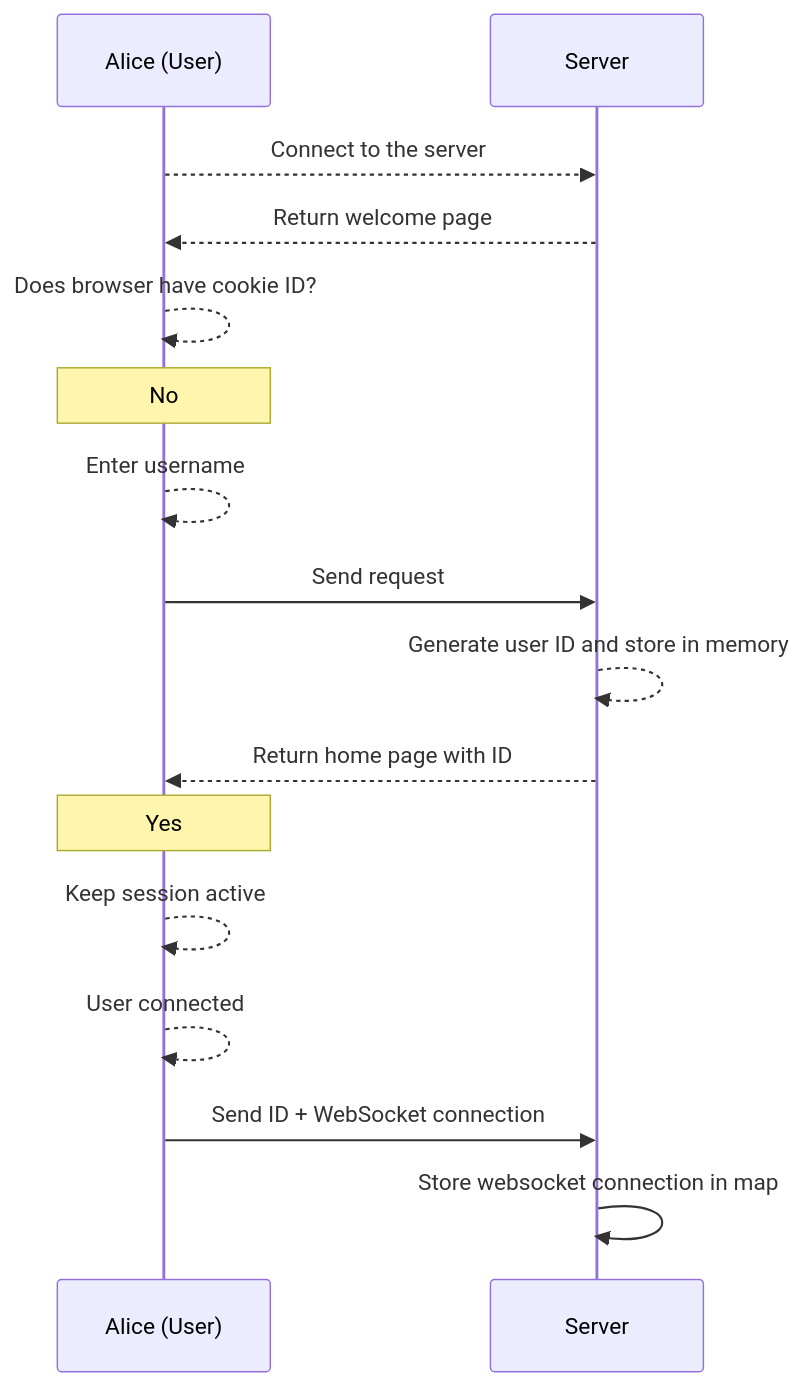
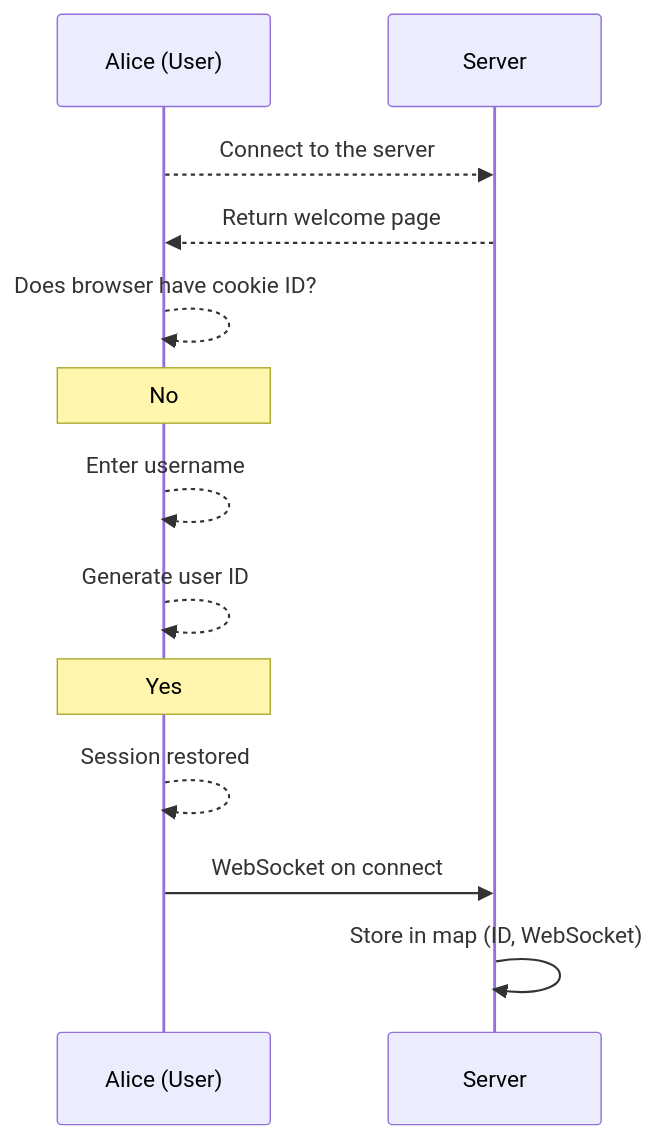
The first of 5 diagrams in Technical Design System.md (GuillaumeDorschner/RTU-CryptoChatApp), drawn with Mermaid before and after one commit. The commit also changed other lines of this file and 10 other files, not shown here.

````diff
--- a/Technical Design System.md
+++ b/Technical Design System.md
@@ -33,19 +33,16 @@
 ```mermaid
 sequenceDiagram
     participant A as Alice (User)
     participant S as Server
 
     A-->>S: Connect to the server
     S-->>A: Return welcome page
     A-->>A: Does browser have cookie ID?
     Note over A: No
     A-->>A: Enter username
-    A->>S: Send request
-    S-->>S: Generate user ID and store in memory
-    S-->>A: Return home page with ID
+    A-->>A: Generate user ID
     Note over A: Yes
-    A-->>A: Keep session active
-    A-->>A: User connected
-    A->>S: Send ID + WebSocket connection
-    S->>S: Store websocket connection in map
+    A-->>A: Session restored
+    A->>S: WebSocket on connect
+    S->>S: Store in map (ID, WebSocket)
 ```
````
